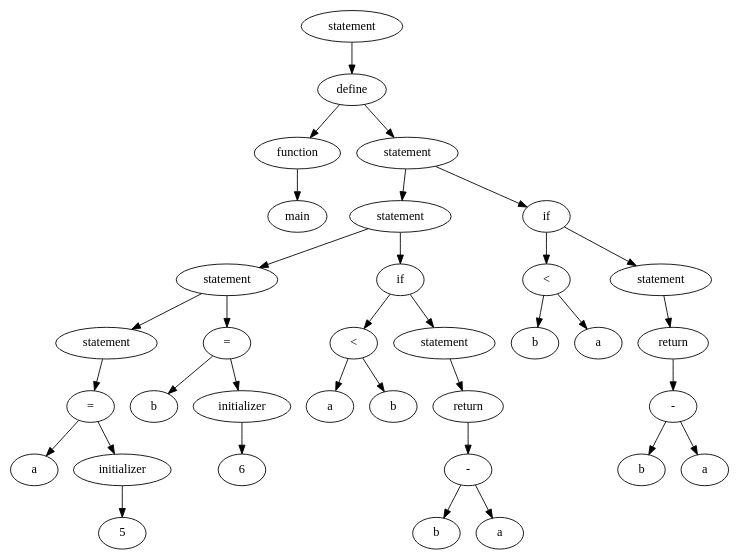
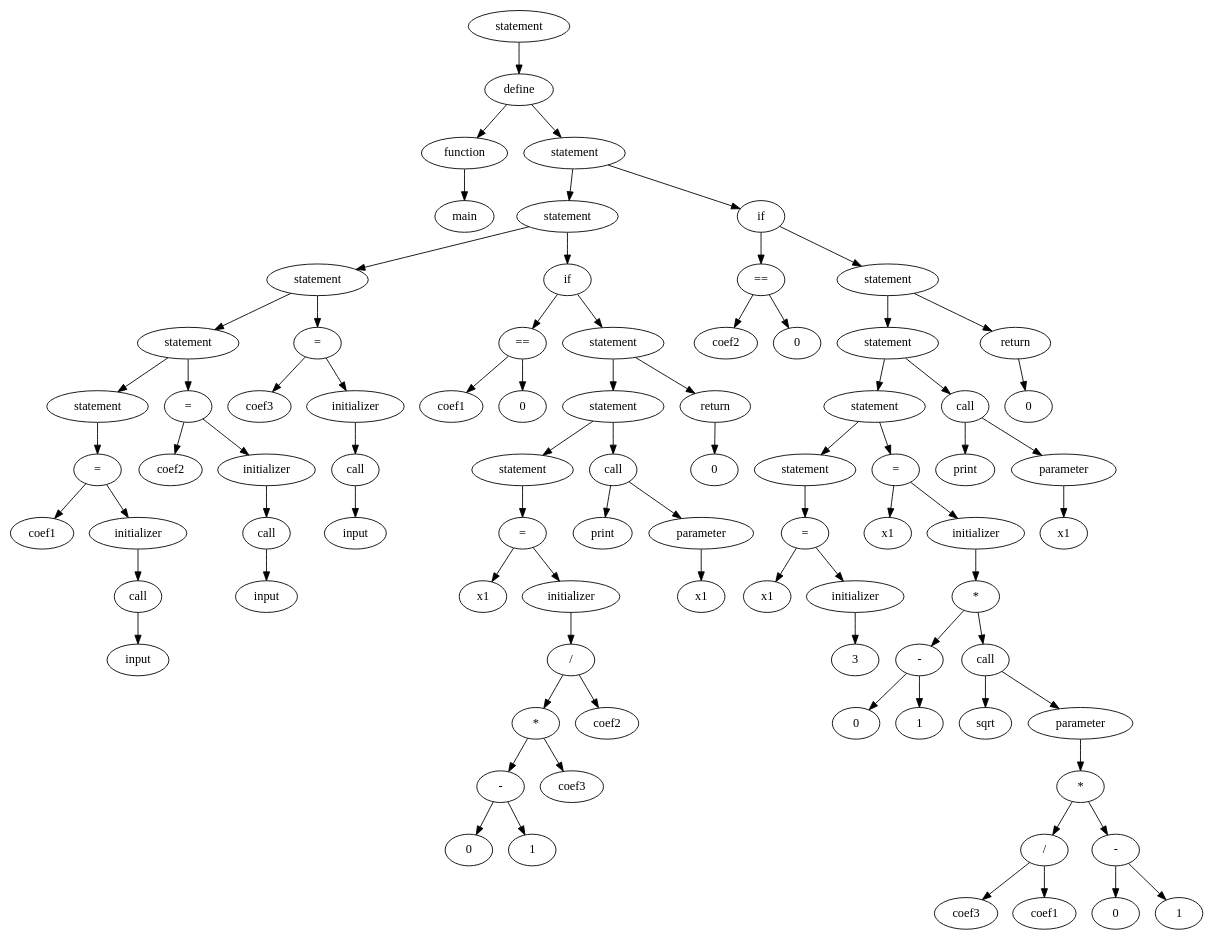
The diagram in russkie_alga!/parse.dot (matmuher/flip-flop), drawn with Graphviz before and after one commit. The commit also changed 9 other files, not shown here.

```diff
--- a/russkie_alga!/parse.dot
+++ b/russkie_alga!/parse.dot
@@ -1,69 +1,165 @@
 digraph G {
-A001204C0 [label = "statement"];
-A001204C0 -> A00127168;
-A00127168 [label = "define"];
-A00127168 -> A00127150;
-A00127168 -> A00126D90;
-A00127150 [label = "function"];
-A00127150 -> A001204F0;
-A001204F0 [label = "main"];
-A00126D90 [label = "statement"];
-A00126D90 -> A00126E08;
-A00126D90 -> A00127030;
-A00126E08 [label = "statement"];
-A00126E08 -> A00122860;
-A00126E08 -> A00126F40;
-A00122860 [label = "statement"];
-A00122860 -> A00120508;
-A00122860 -> A00126E50;
-A00120508 [label = "statement"];
-A00120508 -> A00120598;
-A00120598 [label = "="];
-A00120598 -> A00120538;
-A00120598 -> A00120568;
-A00120538 [label = "a"];
-A00120568 [label = "initializer"];
-A00120568 -> A00120550;
-A00120550 [label = "5"];
-A00126E50 [label = "="];
-A00126E50 -> A00122890;
-A00126E50 -> A001228C0;
-A00122890 [label = "b"];
-A001228C0 [label = "initializer"];
-A001228C0 -> A001228A8;
-A001228A8 [label = "6"];
-A00126F40 [label = "if"];
-A00126F40 -> A00126F10;
-A00126F40 -> A00126E38;
-A00126F10 [label = "<"];
-A00126F10 -> A00126DD8;
-A00126F10 -> A00126DF0;
-A00126DD8 [label = "a"];
-A00126DF0 [label = "b"];
-A00126E38 [label = "statement"];
-A00126E38 -> A00126E98;
-A00126E98 [label = "return"];
-A00126E98 -> A00126E68;
-A00126E68 [label = "-"];
-A00126E68 -> A00126F28;
-A00126E68 -> A00126EE0;
-A00126F28 [label = "b"];
-A00126EE0 [label = "a"];
-A00127030 [label = "if"];
-A00127030 -> A00126EB0;
-A00127030 -> A00126EF8;
-A00126EB0 [label = "<"];
-A00126EB0 -> A00126DA8;
-A00126EB0 -> A00126DC0;
-A00126DA8 [label = "b"];
-A00126DC0 [label = "a"];
-A00126EF8 [label = "statement"];
-A00126EF8 -> A00127138;
-A00127138 [label = "return"];
-A00127138 -> A001271C8;
-A001271C8 [label = "-"];
-A001271C8 -> A00126FE8;
-A001271C8 -> A00126FA0;
-A00126FE8 [label = "b"];
-A00126FA0 [label = "a"];
+A007D04C0 [label = "statement"];
+A007D04C0 -> A007D80A0;
+A007D80A0 [label = "define"];
+A007D80A0 -> A007D80D0;
+A007D80A0 -> A007D3318;
+A007D80D0 [label = "function"];
+A007D80D0 -> A007D04F0;
+A007D04F0 [label = "main"];
+A007D3318 [label = "statement"];
+A007D3318 -> A007D2EF8;
+A007D3318 -> A007D8148;
+A007D2EF8 [label = "statement"];
+A007D2EF8 -> A007D2E20;
+A007D2EF8 -> A007D32B8;
+A007D2E20 [label = "statement"];
+A007D2E20 -> A007D2DB0;
+A007D2E20 -> A007D2F28;
+A007D2DB0 [label = "statement"];
+A007D2DB0 -> A007D0508;
+A007D2DB0 -> A007D2E68;
+A007D0508 [label = "statement"];
+A007D0508 -> A007D2D98;
+A007D2D98 [label = "="];
+A007D2D98 -> A007D0538;
+A007D2D98 -> A007D0580;
+A007D0538 [label = "coef1"];
+A007D0580 [label = "initializer"];
+A007D0580 -> A007D0568;
+A007D0568 [label = "call"];
+A007D0568 -> A007D0550;
+A007D0550 [label = "input"];
+A007D2E68 [label = "="];
+A007D2E68 -> A007D2DE0;
+A007D2E68 -> A007D2E50;
+A007D2DE0 [label = "coef2"];
+A007D2E50 [label = "initializer"];
+A007D2E50 -> A007D2F40;
+A007D2F40 [label = "call"];
+A007D2F40 -> A007D2F58;
+A007D2F58 [label = "input"];
+A007D2F28 [label = "="];
+A007D2F28 -> A007D2E38;
+A007D2F28 -> A007D2EB0;
+A007D2E38 [label = "coef3"];
+A007D2EB0 [label = "initializer"];
+A007D2EB0 -> A007D2FE8;
+A007D2FE8 [label = "call"];
+A007D2FE8 -> A007D2E80;
+A007D2E80 [label = "input"];
+A007D32B8 [label = "if"];
+A007D32B8 -> A007D2F88;
+A007D32B8 -> A007D30D8;
+A007D2F88 [label = "=="];
+A007D2F88 -> A007D2EE0;
+A007D2F88 -> A007D2F10;
+A007D2EE0 [label = "coef1"];
+A007D2F10 [label = "0"];
+A007D30D8 [label = "statement"];
+A007D30D8 -> A007D3228;
+A007D30D8 -> A007D31E0;
+A007D3228 [label = "statement"];
+A007D3228 -> A007D2FD0;
+A007D3228 -> A007D3300;
+A007D2FD0 [label = "statement"];
+A007D2FD0 -> A007D32E8;
+A007D32E8 [label = "="];
+A007D32E8 -> A007D3108;
+A007D32E8 -> A007D32A0;
+A007D3108 [label = "x1"];
+A007D32A0 [label = "initializer"];
+A007D32A0 -> A007D31F8;
+A007D31F8 [label = "/"];
+A007D31F8 -> A007D3030;
+A007D31F8 -> A007D3048;
+A007D3030 [label = "*"];
+A007D3030 -> A007D32D0;
+A007D3030 -> A007D30F0;
+A007D32D0 [label = "-"];
+A007D32D0 -> A007D3288;
+A007D32D0 -> A007D3240;
+A007D3288 [label = "0"];
+A007D3240 [label = "1"];
+A007D30F0 [label = "coef3"];
+A007D3048 [label = "coef2"];
+A007D3300 [label = "call"];
+A007D3300 -> A007D3060;
+A007D3300 -> A007D3210;
+A007D3060 [label = "print"];
+A007D3210 [label = "parameter"];
+A007D3210 -> A007D3078;
+A007D3078 [label = "x1"];
+A007D31E0 [label = "return"];
+A007D31E0 -> A007D3258;
+A007D3258 [label = "0"];
+A007D8148 [label = "if"];
+A007D8148 -> A007D3270;
+A007D8148 -> A007D8040;
+A007D3270 [label = "=="];
+A007D3270 -> A007D30C0;
+A007D3270 -> A007D30A8;
+A007D30C0 [label = "coef2"];
+A007D30A8 [label = "0"];
+A007D8040 [label = "statement"];
+A007D8040 -> A007D8310;
+A007D8040 -> A007D8208;
+A007D8310 [label = "statement"];
+A007D8310 -> A007D33C0;
+A007D8310 -> A007D82C8;
+A007D33C0 [label = "statement"];
+A007D33C0 -> A007D3150;
+A007D33C0 -> A007D81F0;
+A007D3150 [label = "statement"];
+A007D3150 -> A007D3348;
+A007D3348 [label = "="];
+A007D3348 -> A007D31B0;
+A007D3348 -> A007D33A8;
+A007D31B0 [label = "x1"];
+A007D33A8 [label = "initializer"];
+A007D33A8 -> A007D31C8;
+A007D31C8 [label = "3"];
+A007D81F0 [label = "="];
+A007D81F0 -> A007D33D8;
+A007D81F0 -> A007D8178;
+A007D33D8 [label = "x1"];
+A007D8178 [label = "initializer"];
+A007D8178 -> A007D8130;
+A007D8130 [label = "*"];
+A007D8130 -> A007D3360;
+A007D8130 -> A007D8088;
+A007D3360 [label = "-"];
+A007D3360 -> A007D33F0;
+A007D3360 -> A007D3330;
+A007D33F0 [label = "0"];
+A007D3330 [label = "1"];
+A007D8088 [label = "call"];
+A007D8088 -> A007D83B8;
+A007D8088 -> A007D8358;
+A007D83B8 [label = "sqrt"];
+A007D8358 [label = "parameter"];
+A007D8358 -> A007D82B0;
+A007D82B0 [label = "*"];
+A007D82B0 -> A007D83E8;
+A007D82B0 -> A007D83A0;
+A007D83E8 [label = "/"];
+A007D83E8 -> A007D83D0;
+A007D83E8 -> A007D8400;
+A007D83D0 [label = "coef3"];
+A007D8400 [label = "coef1"];
+A007D83A0 [label = "-"];
+A007D83A0 -> A007D8370;
+A007D83A0 -> A007D8388;
+A007D8370 [label = "0"];
+A007D8388 [label = "1"];
+A007D82C8 [label = "call"];
+A007D82C8 -> A007D8100;
+A007D82C8 -> A007D8298;
+A007D8100 [label = "print"];
+A007D8298 [label = "parameter"];
+A007D8298 -> A007D80B8;
+A007D80B8 [label = "x1"];
+A007D8208 [label = "return"];
+A007D8208 -> A007D8268;
+A007D8268 [label = "0"];
 }
```
